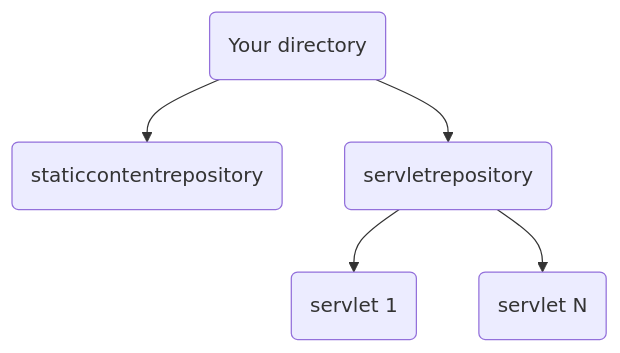
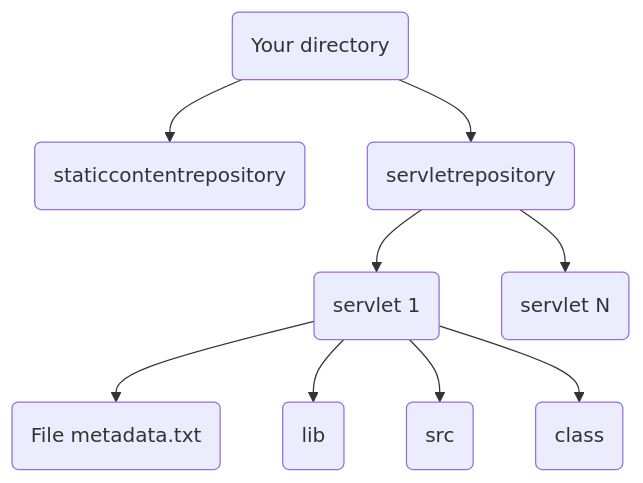
Before and after one commit to flenz00/TPBSCA: the diagram in README.md, drawn with Mermaid.

````diff
--- a/README.md
+++ b/README.md
@@ -42,8 +42,13 @@
 ```mermaid
 graph TD;
     A(Your directory) --> B(staticcontentrepository);
     A(Your directory) --> C(servletrepository);
     C(servletrepository) --> D(servlet 1);
     C(servletrepository) --> E(servlet N);
+    D(servlet 1) --> F(File metadata.txt);
+    D(servlet 1) --> G(lib);
+    D(servlet 1) --> H(src);
+    D(servlet 1) --> I(class);
+    
     
 ```
````
